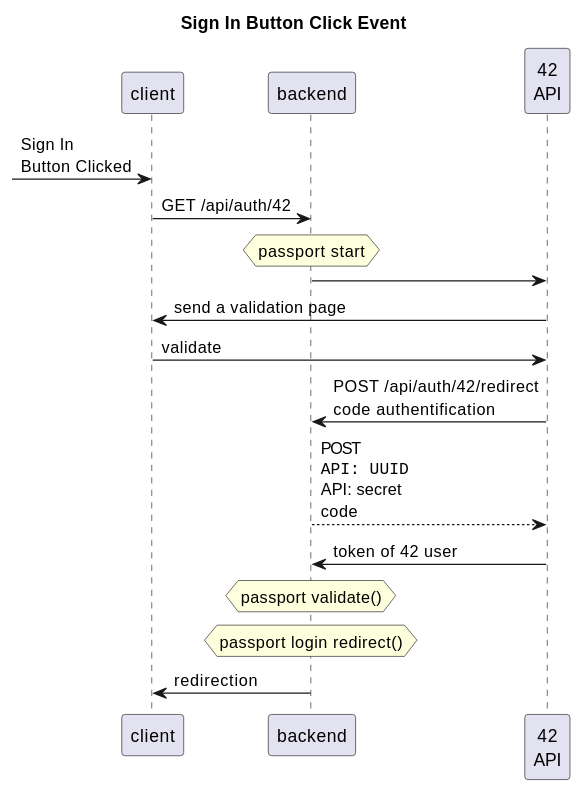
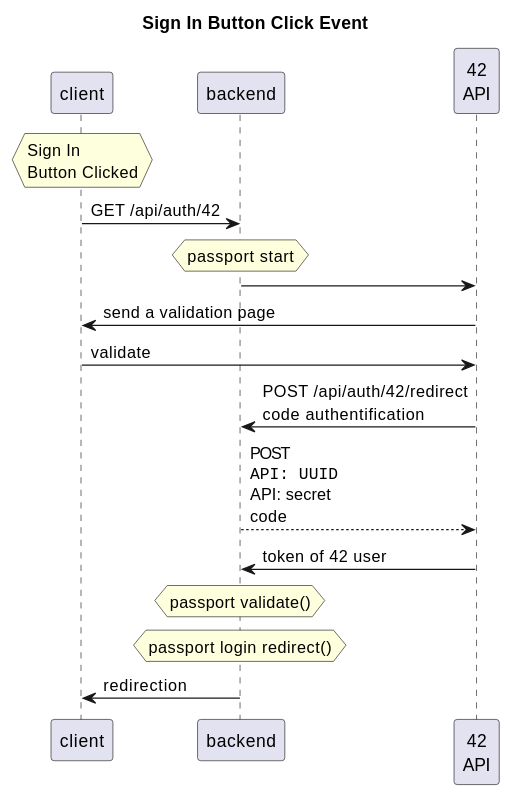
One commit to eprei/42_ft_transcendence changed the first of 3 diagrams in docs/README.adoc. Above: the diagram before and after it, drawn with PlantUML. The commit also changed 2 other files, not shown here.

Commit message:
change the random arrow by a note

```diff
--- a/docs/README.adoc
+++ b/docs/README.adoc
@@ -7,27 +7,27 @@
 [plantuml, target=assets/authentification, format=svg, width=100%]
 ....
 title Sign In Button Click Event
 
 participant client
 participant backend
 participant "42\nAPI" as 42api
 
-?-> client : Sign In\nButton Clicked
+hnote over client : Sign In\nButton Clicked
 
 client -> backend : GET /api/auth/42
 
 hnote over backend : passport start
 
 backend -> 42api
 42api -> client : send a validation page
 client -> 42api : validate
 42api -> backend : POST /api/auth/42/redirect\ncode authentification
 backend --> 42api : POST\n""API: UUID""\nAPI: secret\ncode
 42api -> backend : token of 42 user
 
 hnote over backend : passport validate()
 
 hnote over backend : passport login redirect()
 
 backend -> client : redirection
 ....
```
